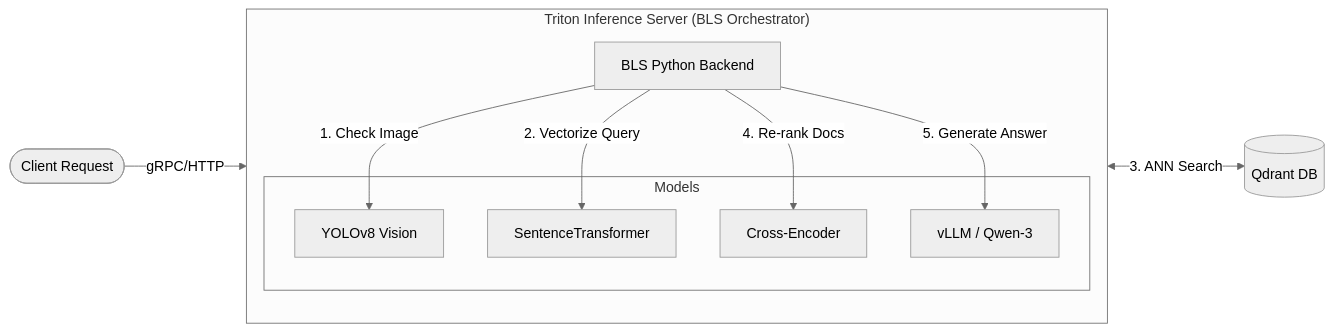
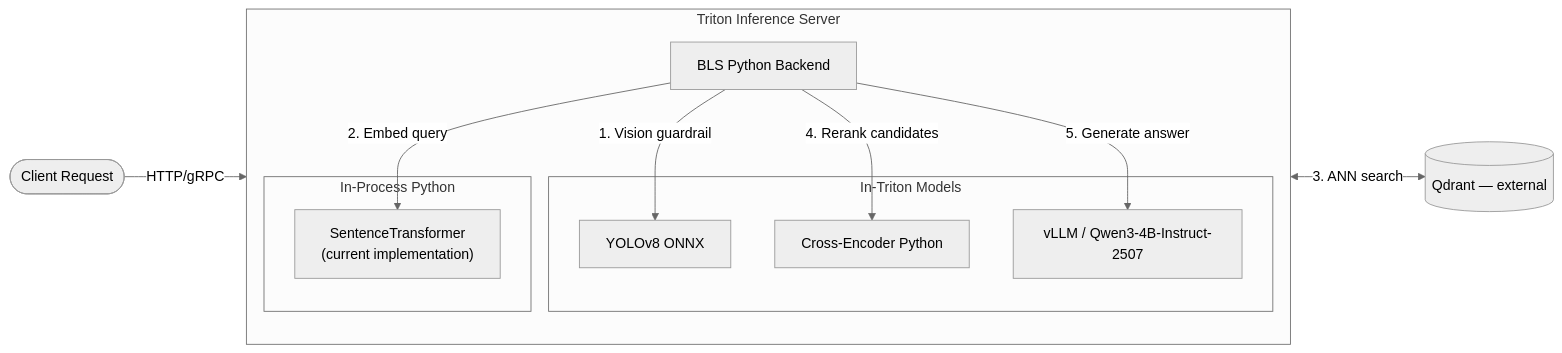
Before and after one commit to pueraeternis/triton-multimodal-rag: the diagram in README.md, drawn with Mermaid (neutral theme). The commit also changed other lines of this file and 17 other files, not shown here.

````diff
--- a/README.md
+++ b/README.md
@@ -16,23 +75,26 @@
 ```mermaid
 graph LR
-    Client([Client Request]) -->|gRPC/HTTP| Orchestrator
+    Client([Client Request]) -->|HTTP/gRPC| Orchestrator
 
-    subgraph "Triton Inference Server (BLS Orchestrator)"
+    subgraph "Triton Inference Server"
         direction TB
         Orchestrator[BLS Python Backend]
 
-        subgraph Models
-            YOLO[YOLOv8 Vision]
-            Embed[SentenceTransformer]
-            Rerank[Cross-Encoder]
-            LLM[vLLM / Qwen-3]
+        subgraph "In-Triton Models"
+            YOLO[YOLOv8 ONNX]
+            Rerank[Cross-Encoder Python]
+            LLM[vLLM / Qwen3-4B-Instruct-2507]
         end
 
-        Orchestrator -->|1. Check Image| YOLO
-        Orchestrator -->|2. Vectorize Query| Embed
-        Orchestrator -->|4. Re-rank Docs| Rerank
-        Orchestrator -->|5. Generate Answer| LLM
+        subgraph "In-Process Python"
+            Embed["SentenceTransformer<br/>(current implementation)"]
+        end
+
+        Orchestrator -->|1. Vision guardrail| YOLO
+        Orchestrator -->|2. Embed query| Embed
+        Orchestrator -->|4. Rerank candidates| Rerank
+        Orchestrator -->|5. Generate answer| LLM
     end
 
-    Embed <-->|3. ANN Search| Qdrant[(Qdrant DB)]
+    Embed <-->|3. ANN search| Qdrant[(Qdrant — external)]
 ```
````
